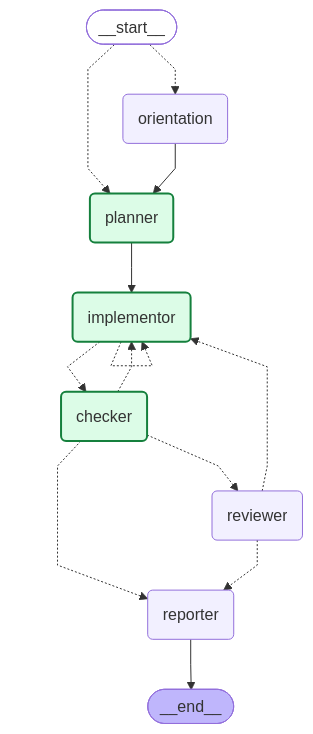
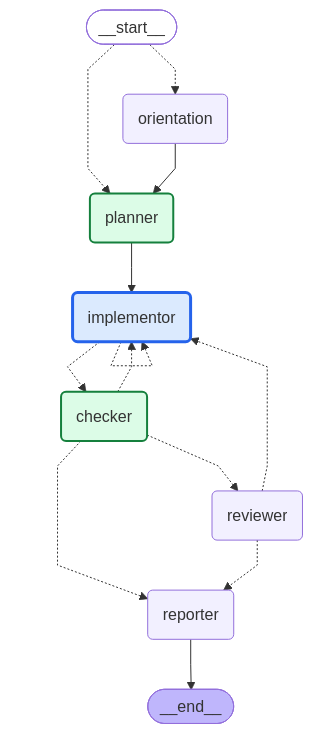
The diagram in runs/20260809-093247-e17260/graph.mmd (daniell0gda/hermes-feature-check-dashboard), drawn with Mermaid before and after one commit. The commit also changed 5 other files, not shown here.

```diff
--- a/runs/20260809-093247-e17260/graph.mmd
+++ b/runs/20260809-093247-e17260/graph.mmd
@@ -1,36 +1,36 @@
 ---
 config:
   flowchart:
     curve: linear
 ---
 graph TD;
 	__start__([<p>__start__</p>]):::first
 	orientation(orientation)
 	planner(planner)
 	implementor(implementor)
 	checker(checker)
 	reviewer(reviewer)
 	reporter(reporter)
 	__end__([<p>__end__</p>]):::last
 	__start__ -.-> orientation;
 	__start__ -.-> planner;
 	checker -.-> implementor;
 	checker -.-> reporter;
 	checker -.-> reviewer;
 	implementor -.-> checker;
 	orientation --> planner;
 	planner --> implementor;
 	reviewer -.-> implementor;
 	reviewer -.-> reporter;
 	reporter --> __end__;
 	implementor -.-> implementor;
 	classDef default fill:#f2f0ff,line-height:1.2
 	classDef first fill-opacity:0
 	classDef last fill:#bfb6fc
 
 classDef done fill:#dcfce7,stroke:#15803d,stroke-width:2px;
 classDef active fill:#dbeafe,stroke:#2563eb,stroke-width:3px;
 classDef failed fill:#fee2e2,stroke:#b42318,stroke-width:2px;
 class planner done;
-class implementor done;
+class implementor active;
 class checker done;
```
